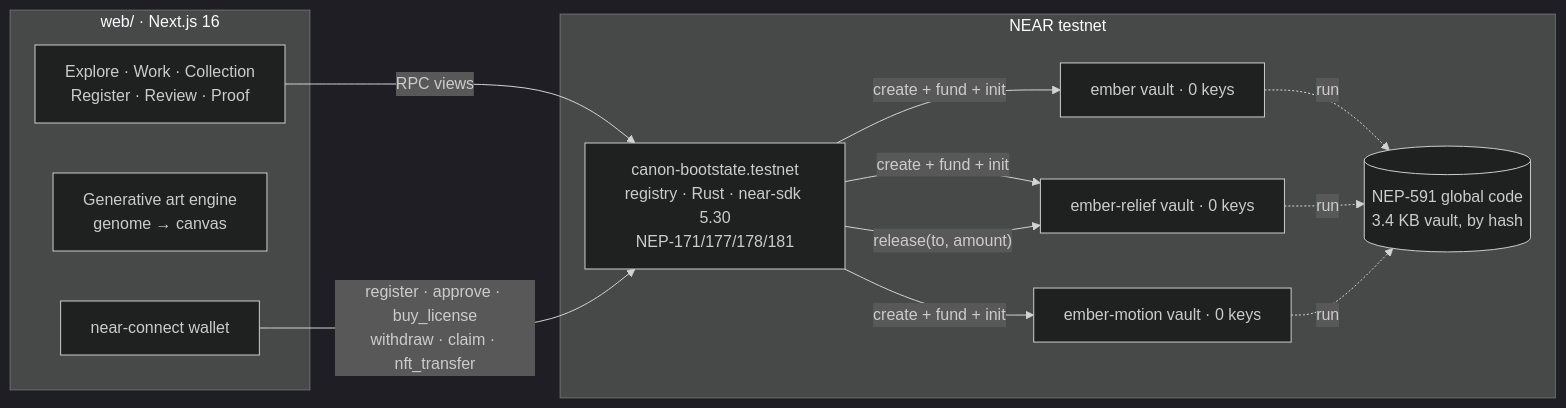
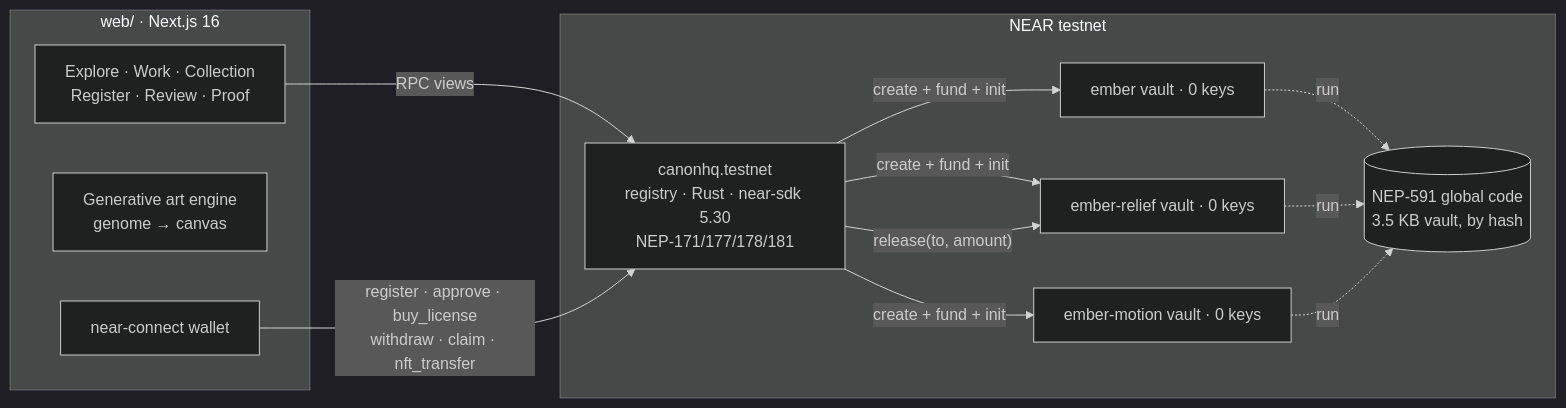
One commit to flamiinngo/canon changed the second of 2 diagrams in README.md. Above: the diagram before and after it, drawn with Mermaid (dark theme). The commit also changed other lines of this file and 7 other files, not shown here.

Commit message:
v2 live on canonhq.testnet: NEP-199 royalties proven on-chain (41 tx, 11 refused attacks), hosted artwork in NFT metadata, README/site/proof point at v2; limits reframed as scope

````diff
--- a/README.md
+++ b/README.md
@@ -134,20 +136,20 @@
 ```mermaid
 flowchart LR
     subgraph Browser["web/ · Next.js 16"]
       UI["Explore · Work · Collection<br/>Register · Review · Proof"]
       ART["Generative art engine<br/>genome → canvas"]
       W["near-connect wallet"]
     end
     subgraph NEAR["NEAR testnet"]
-      REG["canon-bootstate.testnet<br/>registry · Rust · near-sdk 5.30<br/>NEP-171/177/178/181"]
+      REG["canonhq.testnet<br/>registry · Rust · near-sdk 5.30<br/>NEP-171/177/178/181"]
       V1["ember vault · 0 keys"]
       V2["ember-relief vault · 0 keys"]
       V3["ember-motion vault · 0 keys"]
-      G[("NEP-591 global code<br/>3.4 KB vault, by hash")]
+      G[("NEP-591 global code<br/>3.5 KB vault, by hash")]
     end
     UI -- "RPC views" --> REG
     W -- "register · approve · buy_license<br/>withdraw · claim · nft_transfer" --> REG
     REG -- "create + fund + init" --> V1 & V2 & V3
     REG -- "release(to, amount)" --> V2
     V1 & V2 & V3 -. "run" .-> G
 ```
````
